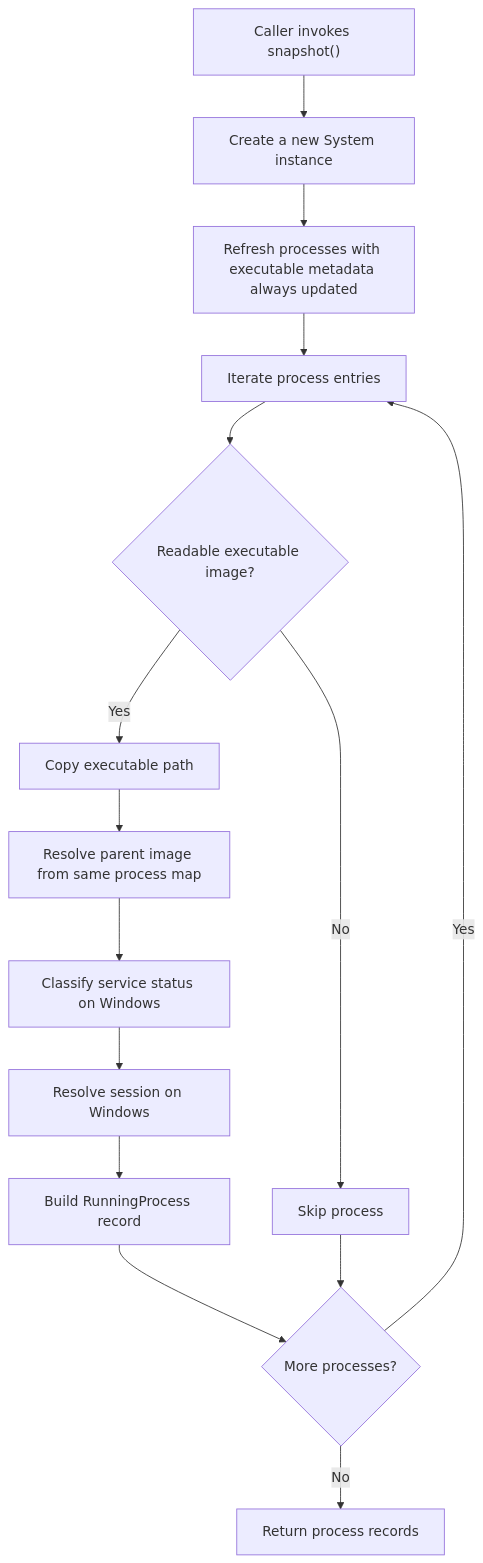
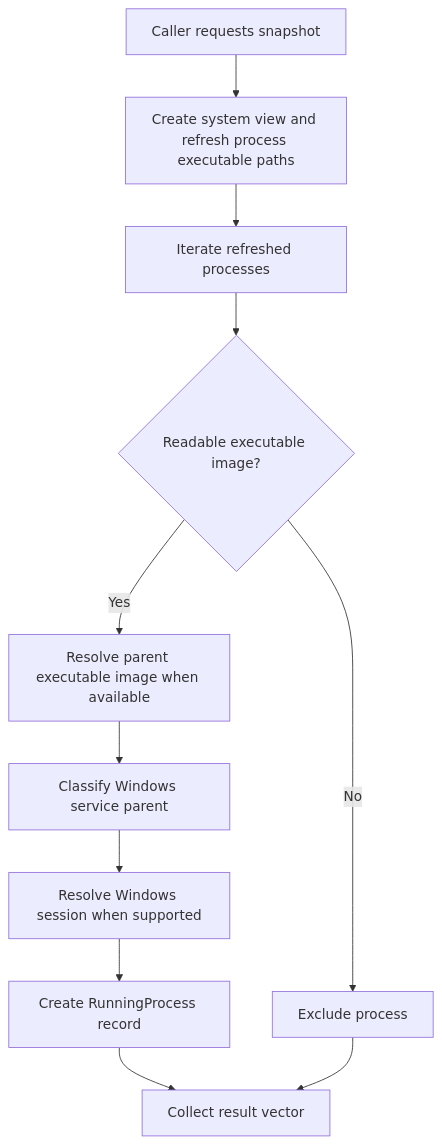
Before and after one commit to flamingo-stack/openframe-oss-tenant: the second of 4 diagrams in docs/reference/architecture/openframe-client-core/platform-process-snapshot/platform-process-snapshot.md, drawn with Mermaid. The commit also changed other lines of this file and 2377 other files, not shown here.

````diff
--- a/docs/reference/architecture/openframe-client-core/platform-process-snapshot/platform-process-snapshot.md
+++ b/docs/reference/architecture/openframe-client-core/platform-process-snapshot/platform-process-snapshot.md
@@ -81,17 +49,13 @@
 ```mermaid
 flowchart TD
-    Start["Caller invokes snapshot()"] --> Create["Create a new System instance"]
-    Create --> Refresh["Refresh processes with executable metadata always updated"]
-    Refresh --> Iterate["Iterate process entries"]
-    Iterate --> Readable{"Readable executable image?"}
-    Readable -->|"No"| Skip["Skip process"]
-    Readable -->|"Yes"| CopyImage["Copy executable path"]
-    CopyImage --> ResolveParent["Resolve parent image from same process map"]
-    ResolveParent --> Classify["Classify service status on Windows"]
-    Classify --> Session["Resolve session on Windows"]
-    Session --> Build["Build RunningProcess record"]
-    Build --> More{"More processes?"}
-    Skip --> More
-    More -->|"Yes"| Iterate
-    More -->|"No"| Return["Return process records"]
+    Start["Caller requests snapshot"] --> Refresh["Create system view and refresh process executable paths"]
+    Refresh --> Iterate["Iterate refreshed processes"]
+    Iterate --> ImageCheck{"Readable executable image?"}
+    ImageCheck -->|"No"| Skip["Exclude process"]
+    ImageCheck -->|"Yes"| Parent["Resolve parent executable image when available"]
+    Parent --> Service["Classify Windows service parent"]
+    Service --> Session["Resolve Windows session when supported"]
+    Session --> Record["Create RunningProcess record"]
+    Record --> Collect["Collect result vector"]
+    Skip --> Collect
 ```
````
